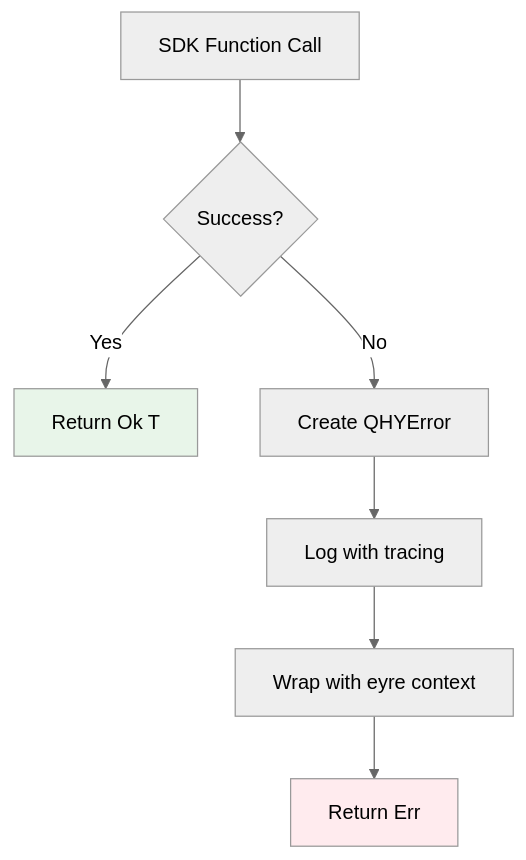
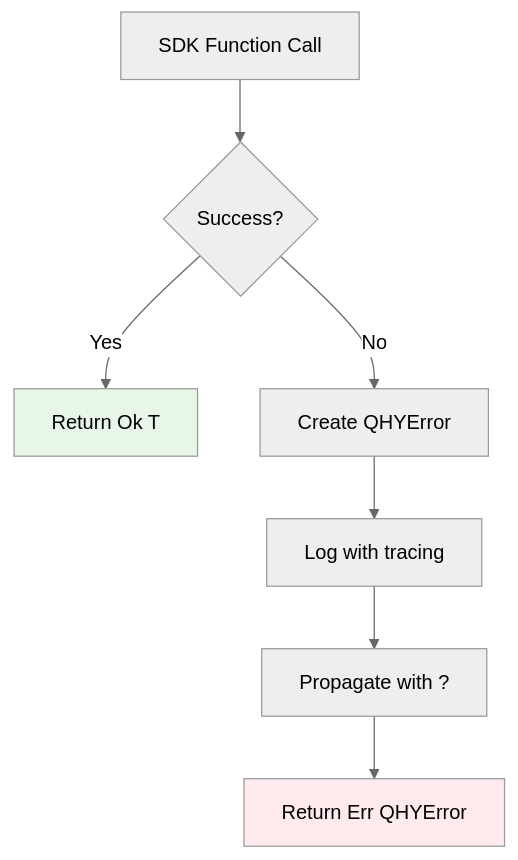
One commit to ivonnyssen/rusty-photon changed diagram 19 of 19 in crates/qhyccd-rs/docs/qhyccd-rs.md. Above: the diagram before and after it, drawn with Mermaid (neutral theme). The commit also changed other lines of this file and 18 other files, not shown here.

First line of the commit message:
refactor(qhyccd-rs)!: replace eyre with typed QHYError, educe with derive_more

````diff
--- a/crates/qhyccd-rs/docs/qhyccd-rs.md
+++ b/crates/qhyccd-rs/docs/qhyccd-rs.md
@@ -1179,12 +1180,12 @@
 ```mermaid
 graph TD
     A[SDK Function Call] --> B{Success?}
     B -->|Yes| C[Return Ok T ]
     B -->|No| D[Create QHYError]
     D --> E[Log with tracing]
-    E --> F[Wrap with eyre context]
-    F --> G[Return Err]
+    E --> F[Propagate with ?]
+    F --> G[Return Err QHYError]
 
     style C fill:#e8f5e9
     style G fill:#ffebee
 ```
````
